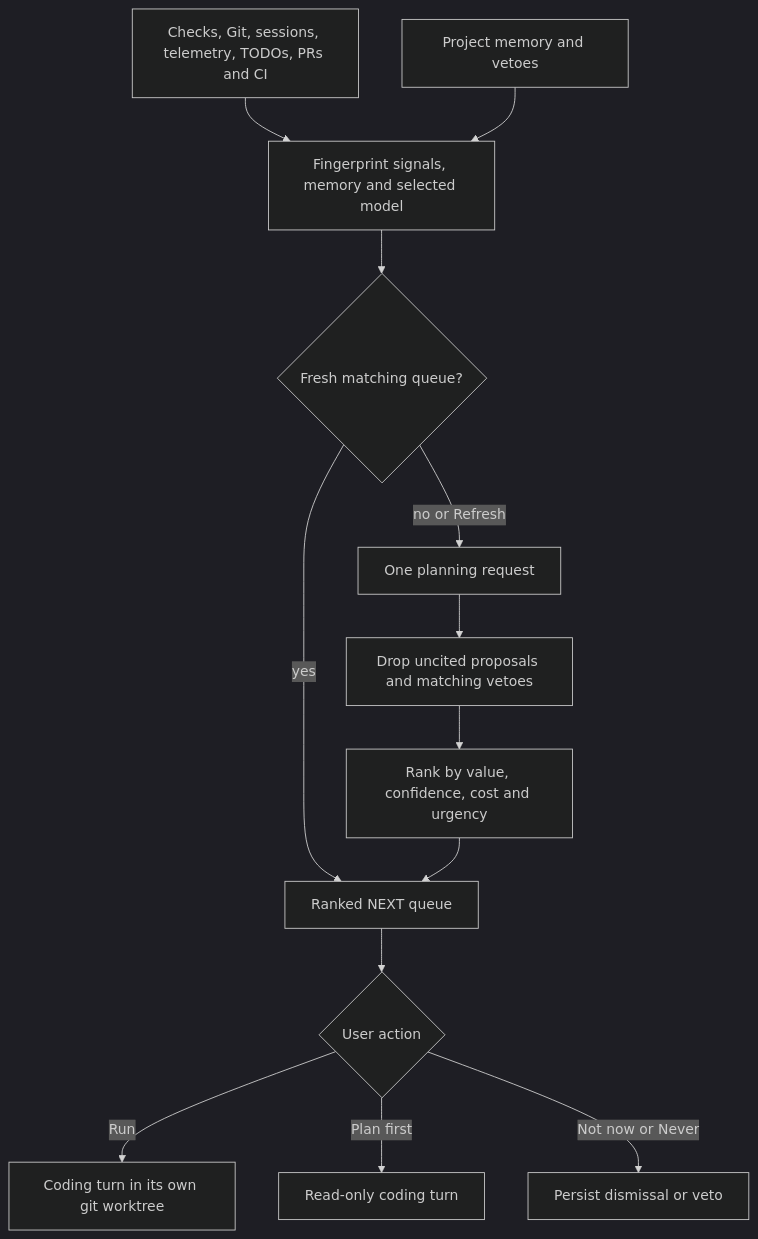
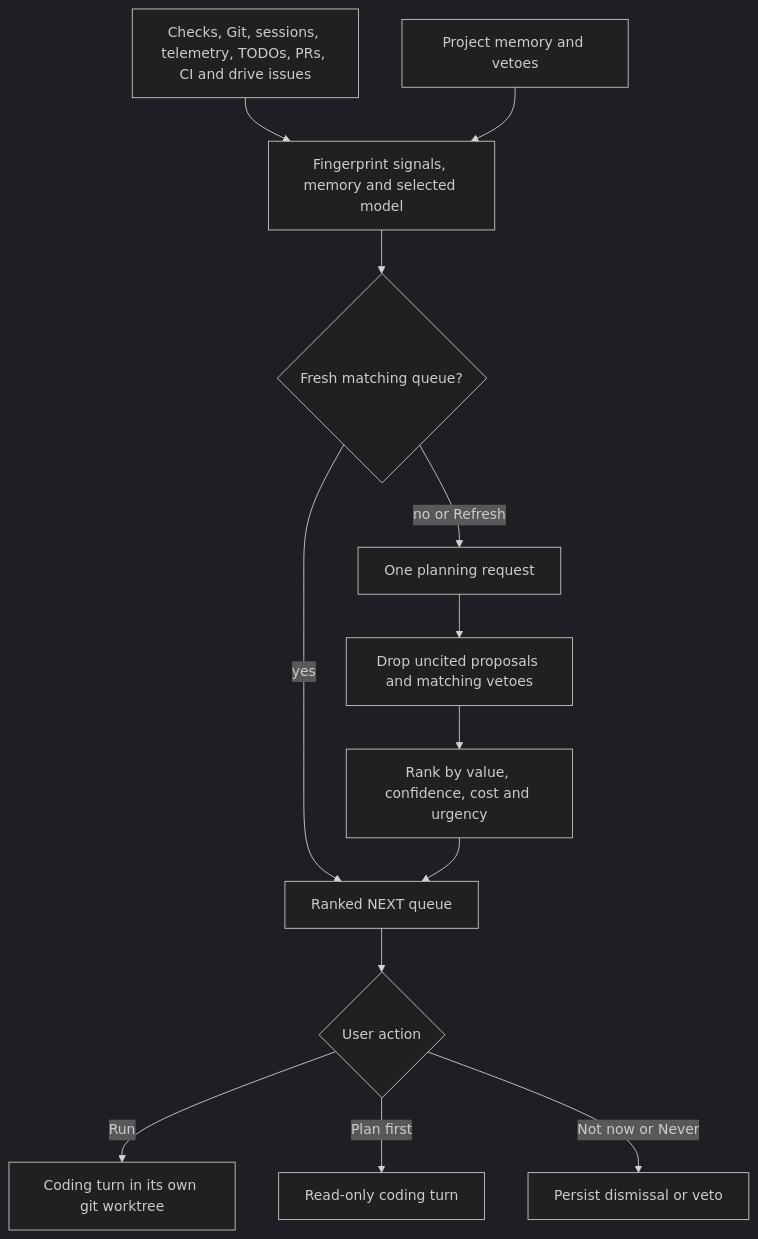
The first of 2 diagrams in docs/agent-drive.md (Shingi-Michael/demesne-cli), drawn with Mermaid (dark theme) before and after one commit. The commit also changed other lines of this file and 7 other files, not shown here.

First line of the commit message:
Drive takes work from GitHub issues labelled drive (#164)

````diff
--- a/docs/agent-drive.md
+++ b/docs/agent-drive.md
@@ -43,15 +43,15 @@
 ```mermaid
 flowchart TD
-    Signals[Checks, Git, sessions, telemetry, TODOs, PRs and CI] --> Fingerprint[Fingerprint signals, memory and selected model]
+    Signals[Checks, Git, sessions, telemetry, TODOs, PRs, CI and drive issues] --> Fingerprint[Fingerprint signals, memory and selected model]
     Memory[Project memory and vetoes] --> Fingerprint
     Fingerprint --> Cache{Fresh matching queue?}
     Cache -->|yes| Queue[Ranked NEXT queue]
     Cache -->|no or Refresh| Model[One planning request]
     Model --> Evidence[Drop uncited proposals and matching vetoes]
     Evidence --> Rank[Rank by value, confidence, cost and urgency]
     Rank --> Queue
     Queue --> Choice{User action}
     Choice -->|Run| Worktree[Coding turn in its own git worktree]
     Choice -->|Plan first| Plan[Read-only coding turn]
     Choice -->|Not now or Never| Hide[Persist dismissal or veto]
 ```
````
